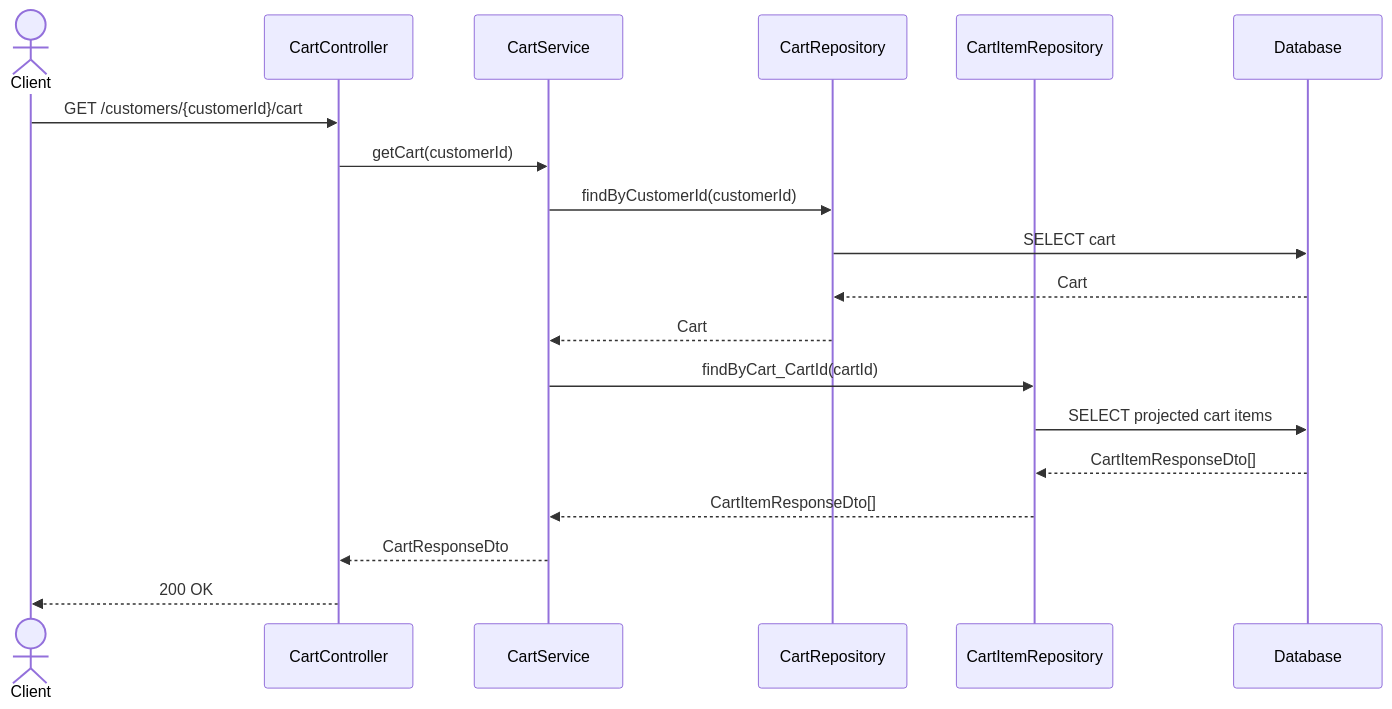
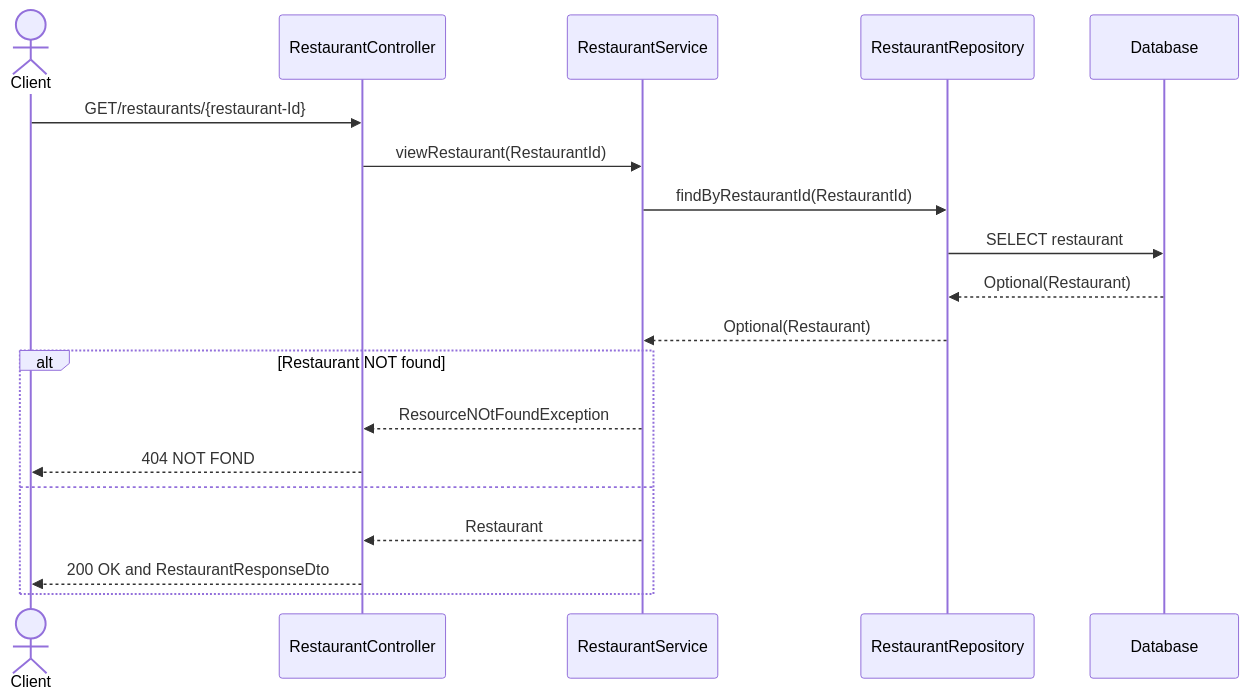
One commit to w2t-el-develop/food_delivery_api changed the third of 11 diagrams in README.md. Above: the diagram before and after it, drawn with Mermaid. The commit also changed other lines of this file and 18 other files, not shown here.

````diff
--- a/README.md
+++ b/README.md
@@ -283,24 +296,25 @@
 ```mermaid
 sequenceDiagram
     actor Client
-    participant CC as CartController
-    participant CS as CartService
-    participant CR as CartRepository
-    participant CIR as CartItemRepository
+    participant RC as RestaurantController
+    participant RS as RestaurantService
+    participant RR as RestaurantRepository
     participant DB as Database
 
-    Client->>CC: GET /customers/{customerId}/cart
-    CC->>CS: getCart(customerId)
-    CS->>CR: findByCustomerId(customerId)
-    CR->>DB: SELECT cart
-    DB-->>CR: Cart
-    CR-->>CS: Cart
-
-    CS->>CIR: findByCart_CartId(cartId)
-    CIR->>DB: SELECT projected cart items
-    DB-->>CIR: CartItemResponseDto[]
-    CIR-->>CS: CartItemResponseDto[]
-
-    CS-->>CC: CartResponseDto
-    CC-->>Client: 200 OK
+    Client->>RC: GET/restaurants/{restaurant-Id}
+    RC->>RS: viewRestaurant(RestaurantId)
+    
+    RS->>RR: findByRestaurantId(RestaurantId)
+    RR->>DB: SELECT restaurant
+    DB-->>RR: Optional(Restaurant)
+    RR-->>RS: Optional(Restaurant)
+    
+    alt Restaurant NOT found 
+        RS -->> RC: ResourceNOtFoundException
+        RC -->> Client : 404 NOT FOND
+        
+    else
+      RS-->>RC: Restaurant
+      RC-->>Client: 200 OK and RestaurantResponseDto
+    end
 ```
````
